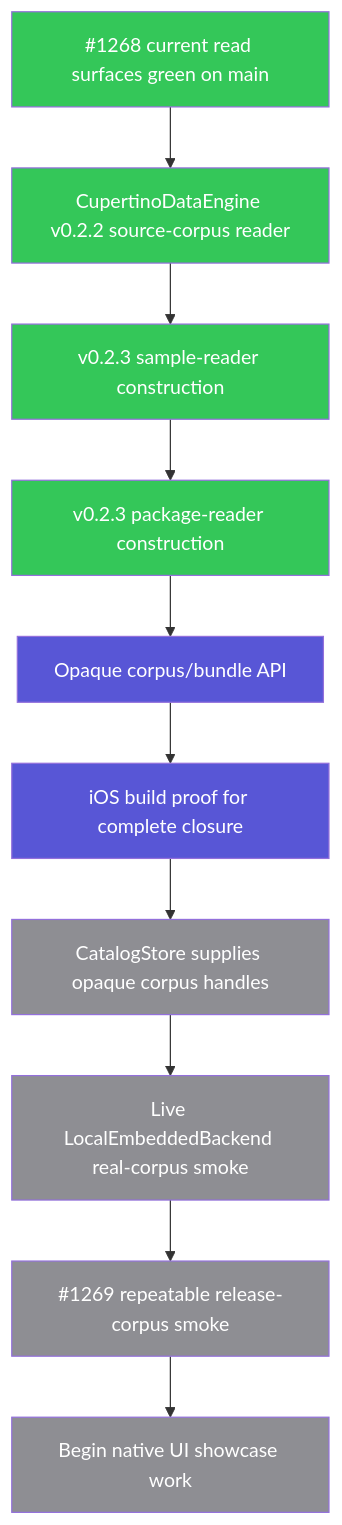
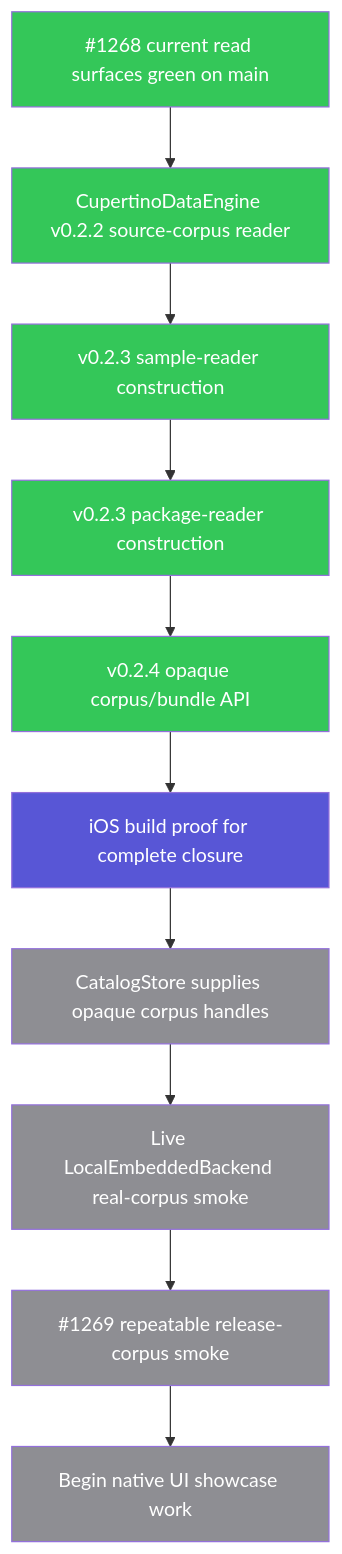
Before and after one commit to mihaelamj/cupertino: the third of 3 diagrams in README.md, drawn with Mermaid. The commit also changed other lines of this file and 6 other files, not shown here.

Commit message:
feat(engine): adopt opaque corpus handles

````diff
--- a/README.md
+++ b/README.md
@@ -271,18 +271,18 @@
 ```mermaid
 flowchart TD
   release["#1268 current read surfaces green on main"]:::done
   source["CupertinoDataEngine v0.2.2 source-corpus reader"]:::done
   samples["v0.2.3 sample-reader construction"]:::done
   packages["v0.2.3 package-reader construction"]:::done
-  bundle["Opaque corpus/bundle API"]:::next
+  bundle["v0.2.4 opaque corpus/bundle API"]:::done
   ios["iOS build proof for complete closure"]:::next
   catalog["CatalogStore supplies opaque corpus handles"]:::todo
   embedded["Live LocalEmbeddedBackend real-corpus smoke"]:::todo
   smoke["#1269 repeatable release-corpus smoke"]:::todo
   ui["Begin native UI showcase work"]:::todo
 
   release --> source --> samples --> packages --> bundle --> ios --> catalog --> embedded --> smoke --> ui
   classDef done    fill:#34C759,color:#FFFFFF
   classDef next    fill:#5856D6,color:#FFFFFF
   classDef todo    fill:#8E8E93,color:#FFFFFF
 ```
````
